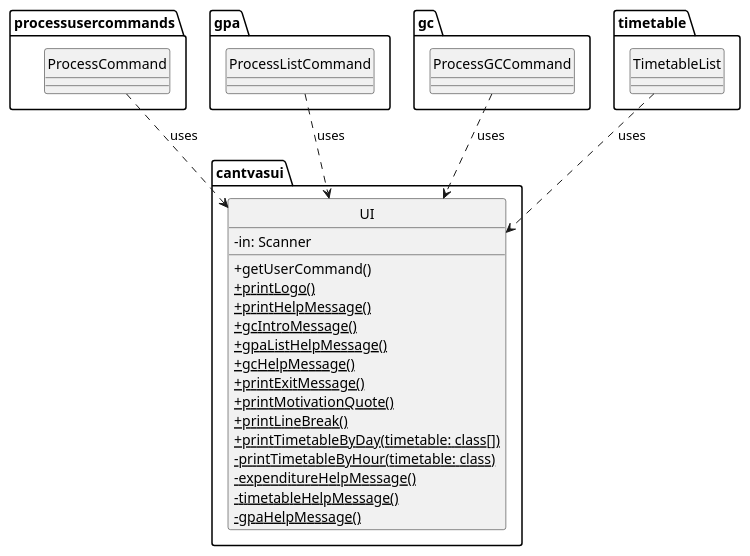
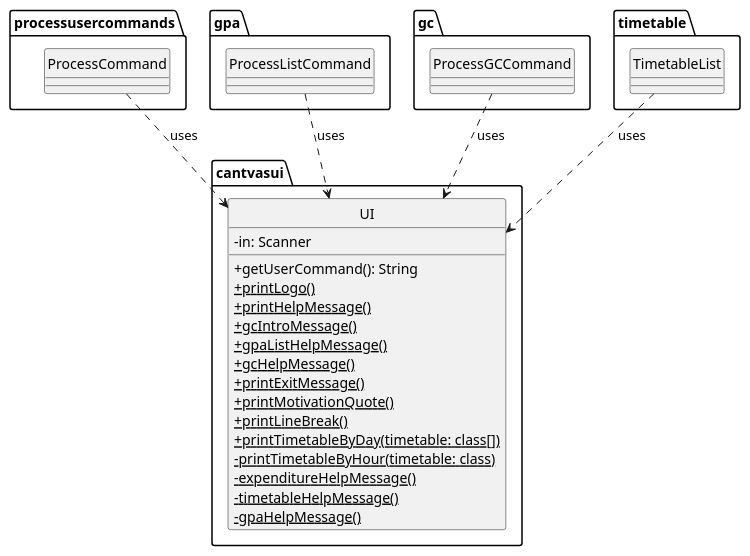
One commit to nyh3/tp changed the diagram in docs/diagrams/classdiagram/UI.puml. Above: the diagram before and after it, drawn with PlantUML. The commit also changed 5 other files, not shown here.

Commit message:
Add class diagram for timetable feature

```diff
--- a/docs/diagrams/classdiagram/UI.puml
+++ b/docs/diagrams/classdiagram/UI.puml
@@ -1,52 +1,52 @@
 @startuml
 'https://plantuml.com/class-diagram
 
 hide circle
 skinparam classAttributeIconSize 0
 
 package cantvasui {
     class UI {
         - in: Scanner
-        + getUserCommand()
+        + getUserCommand(): String
         + {static} printLogo()
         + {static} printHelpMessage()
         + {static} gcIntroMessage()
         + {static} gpaListHelpMessage()
         + {static} gcHelpMessage()
         + {static} printExitMessage()
         + {static} printMotivationQuote()
         + {static} printLineBreak()
         + {static} printTimetableByDay(timetable: class[])
         - {static} printTimetableByHour(timetable: class)
         - {static} expenditureHelpMessage()
         - {static} timetableHelpMessage()
         - {static} gpaHelpMessage()
     }
 }
 
 package processusercommands {
     class ProcessCommand {
     }
 }
 
 package gpa {
     class ProcessListCommand{
     }
 }
 
 package gc {
     class ProcessGCCommand{
     }
 }
 
 package timetable {
     class TimetableList {
     }
 }
 
 ProcessCommand ..> UI: uses
 ProcessListCommand ..> UI: uses
 ProcessGCCommand ..> UI: uses
 TimetableList ..> UI: uses
 
 @enduml
```
